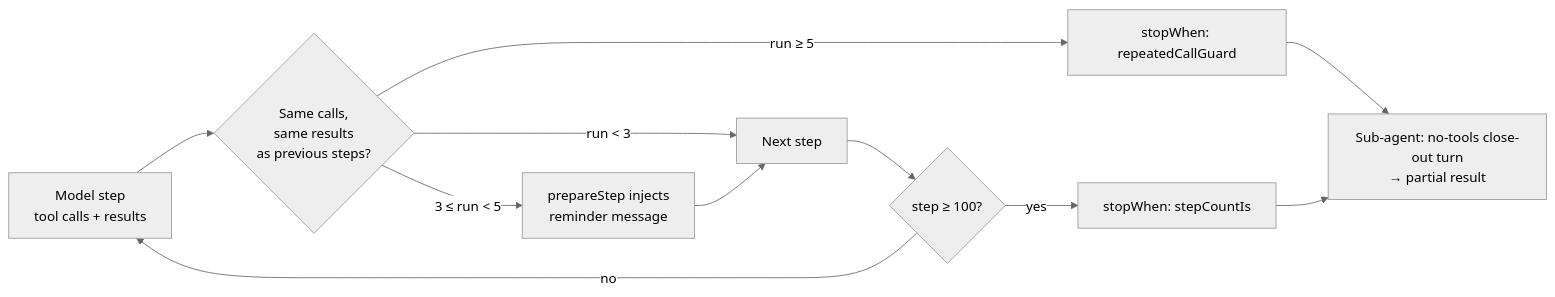
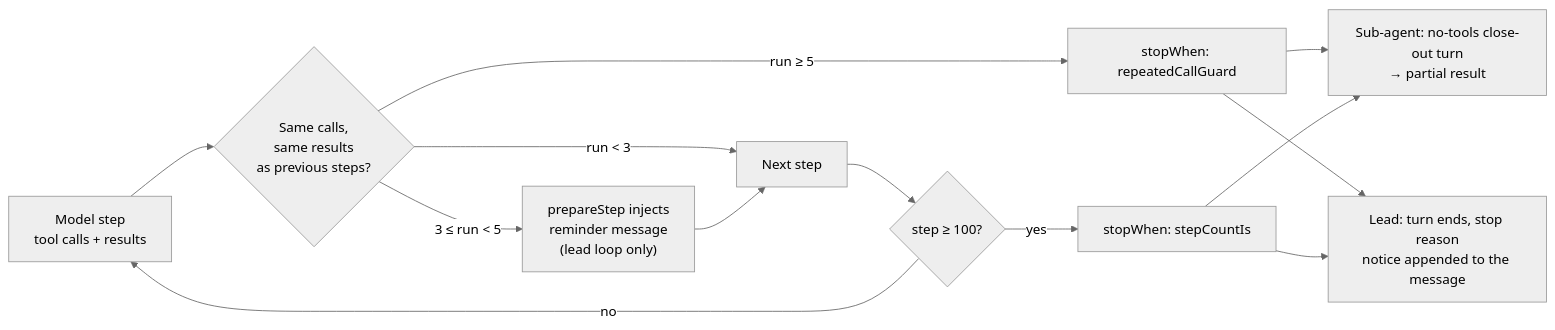
The diagram in docs/architecture/loop-guards.md (data-fair/agents), drawn with Mermaid (neutral theme) before and after one commit. The commit also changed other lines of this file and 14 other files, not shown here.

First line of the commit message:
docs(architecture): the docs describe the server-held loop

````diff
--- a/docs/architecture/loop-guards.md
+++ b/docs/architecture/loop-guards.md
@@ -10,12 +10,14 @@
 ```mermaid
 flowchart LR
   Step[Model step<br/>tool calls + results] --> Repeat{Same calls,<br/>same results<br/>as previous steps?}
   Repeat -->|"run &lt; 3"| Next[Next step]
-  Repeat -->|"3 ≤ run &lt; 5"| Nudge[prepareStep injects<br/>reminder message] --> Next
+  Repeat -->|"3 ≤ run &lt; 5"| Nudge["prepareStep injects<br/>reminder message<br/>(lead loop only)"] --> Next
   Repeat -->|"run ≥ 5"| Stop[stopWhen: repeatedCallGuard]
   Next --> Count{step ≥ 100?}
   Count -->|no| Step
   Count -->|yes| Stop2[stopWhen: stepCountIs]
   Stop --> Closeout[Sub-agent: no-tools close-out turn<br/>→ partial result]
   Stop2 --> Closeout
+  Stop --> Notice[Lead: turn ends, stop reason<br/>notice appended to the message]
+  Stop2 --> Notice
 ```
````
